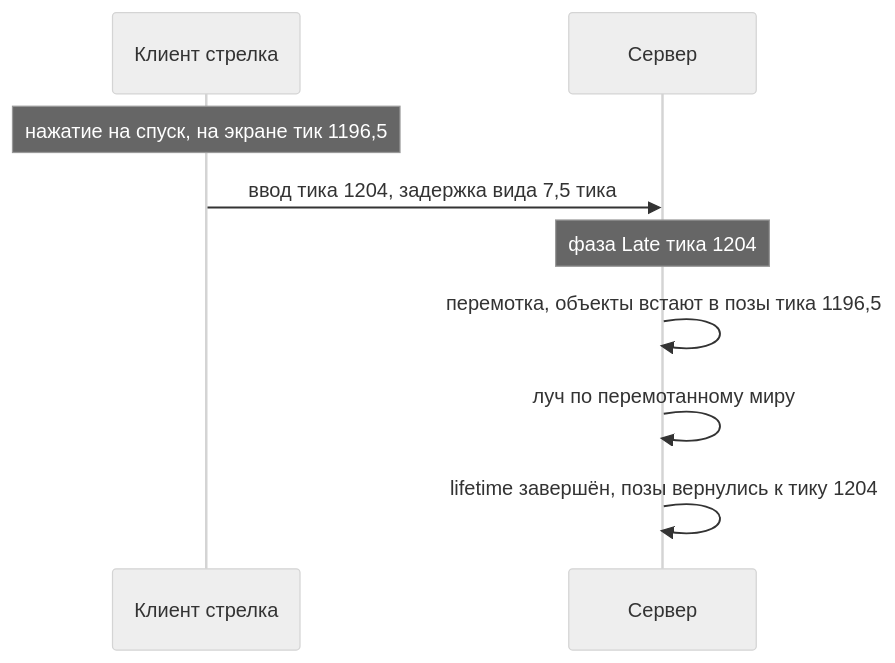
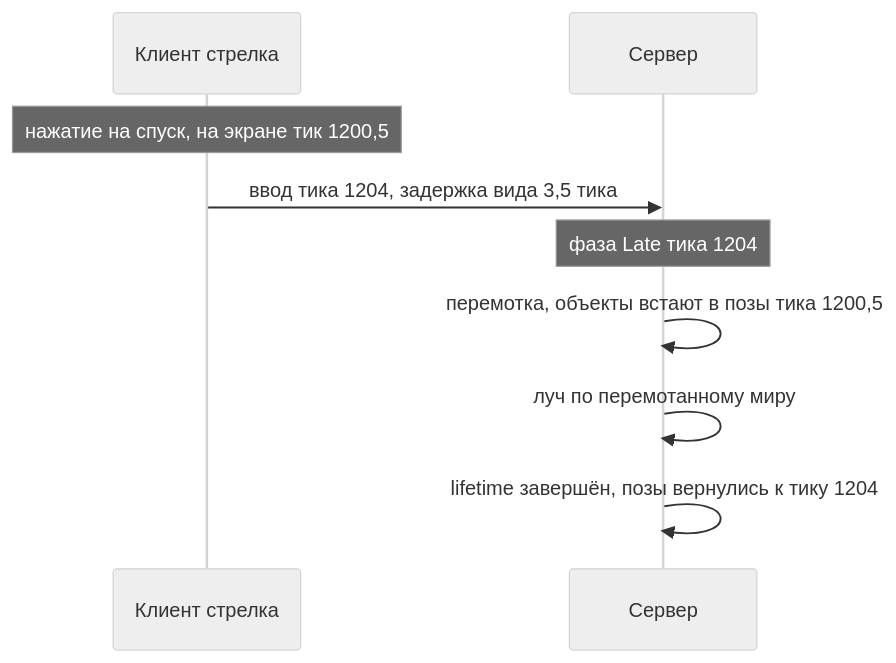
One commit to pndte/match-please changed the sixth of 8 diagrams in README.md. Above: the diagram before and after it, drawn with Mermaid (neutral theme). The commit also changed other lines of this file, not shown here.

````diff
--- a/README.md
+++ b/README.md
@@ -429,11 +620,11 @@
 ```mermaid
 sequenceDiagram
     participant C as Клиент стрелка
     participant S as Сервер
-    Note over C: нажатие на спуск, на экране тик 1196,5
-    C->>S: ввод тика 1204, задержка вида 7,5 тика
+    Note over C: нажатие на спуск, на экране тик 1200,5
+    C->>S: ввод тика 1204, задержка вида 3,5 тика
     Note over S: фаза Late тика 1204
-    S->>S: перемотка, объекты встают в позы тика 1196,5
+    S->>S: перемотка, объекты встают в позы тика 1200,5
     S->>S: луч по перемотанному миру
     S->>S: lifetime завершён, позы вернулись к тику 1204
 ```
````
